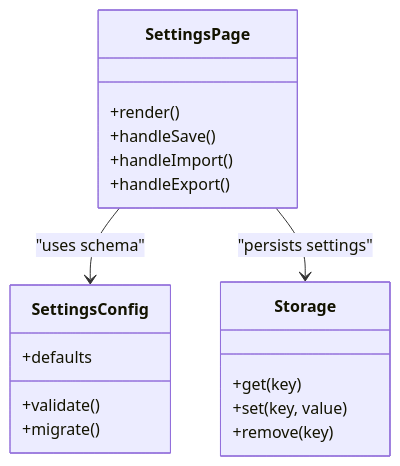
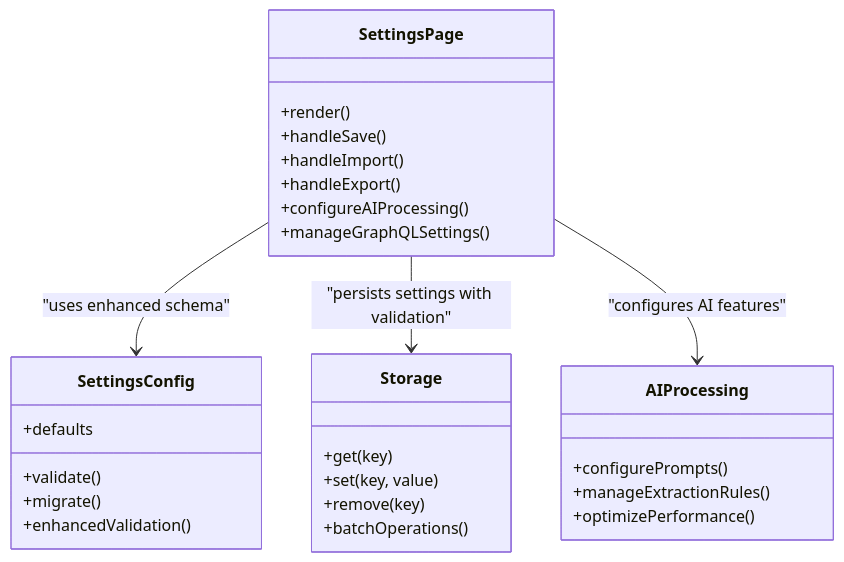
One commit to zmyeo54/briefroom changed the fifth of 12 diagrams in .qoder/repowiki/en/content/Core Features/Job Application Management.md. Above: the diagram before and after it, drawn with Mermaid. The commit also changed other lines of this file and 37 other files, not shown here.

````diff
--- a/.qoder/repowiki/en/content/Core Features/Job Application Management.md
+++ b/.qoder/repowiki/en/content/Core Features/Job Application Management.md
@@ -274,21 +295,31 @@
 ```mermaid
 classDiagram
 class SettingsPage {
 +render()
 +handleSave()
 +handleImport()
 +handleExport()
++configureAIProcessing()
++manageGraphQLSettings()
 }
 class SettingsConfig {
 +defaults
 +validate()
 +migrate()
++enhancedValidation()
 }
 class Storage {
 +get(key)
 +set(key, value)
 +remove(key)
++batchOperations()
 }
-SettingsPage --> SettingsConfig : "uses schema"
-SettingsPage --> Storage : "persists settings"
+class AIProcessing {
++configurePrompts()
++manageExtractionRules()
++optimizePerformance()
+}
+SettingsPage --> SettingsConfig : "uses enhanced schema"
+SettingsPage --> Storage : "persists settings with validation"
+SettingsPage --> AIProcessing : "configures AI features"
 ```
````
